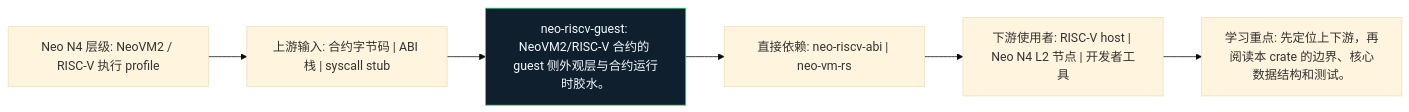
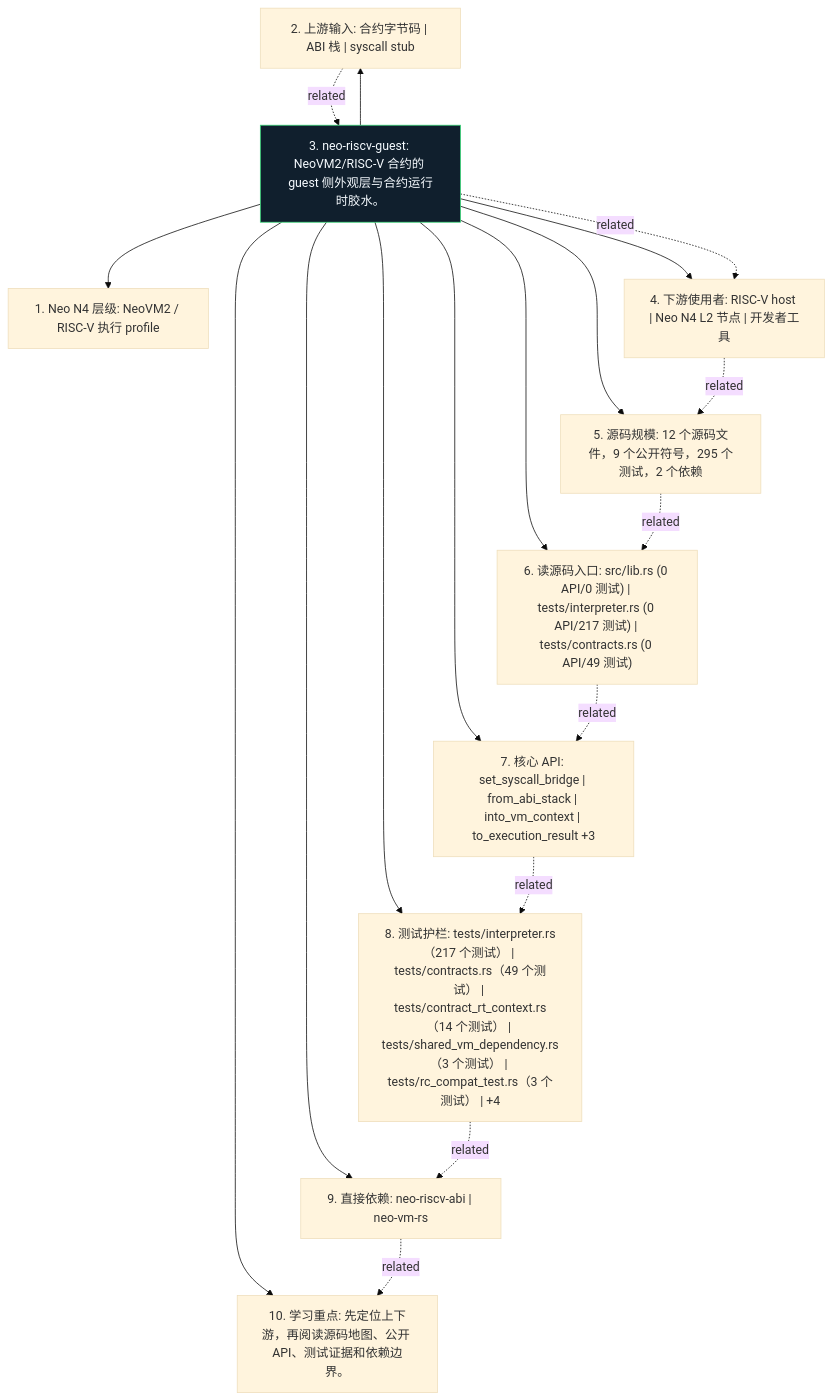
Before and after one commit to r3e-network/neo-riscv-vm: the diagram in crates/neo-riscv-guest/docs/figures/position.zh.mmd, drawn with Mermaid (base theme). The commit also changed 571 other files, not shown here.

Commit message:
Deepen crate diagrams with source-aware atlas

```diff
--- a/crates/neo-riscv-guest/docs/figures/position.zh.mmd
+++ b/crates/neo-riscv-guest/docs/figures/position.zh.mmd
@@ -1,14 +1,30 @@
-flowchart LR
-    N1["Neo N4 层级: NeoVM2 / RISC-V 执行 profile"]
-    N2["上游输入: 合约字节码 | ABI 栈 | syscall stub"]
-    N3["neo-riscv-guest: NeoVM2/RISC-V 合约的 guest 侧外观层与合约运行时胶水。"]
-    N4["直接依赖: neo-riscv-abi | neo-vm-rs"]
-    N5["下游使用者: RISC-V host | Neo N4 L2 节点 | 开发者工具"]
-    N6["学习重点: 先定位上下游，再阅读本 crate 的边界、核心数据结构和测试。"]
-    N1 --> N2
-    N2 --> N3
+flowchart TB
+    N1["1. Neo N4 层级: NeoVM2 / RISC-V 执行 profile"]
+    N2["2. 上游输入: 合约字节码 | ABI 栈 | syscall stub"]
+    N3["3. neo-riscv-guest: NeoVM2/RISC-V 合约的 guest 侧外观层与合约运行时胶水。"]
+    N4["4. 下游使用者: RISC-V host | Neo N4 L2 节点 | 开发者工具"]
+    N5["5. 源码规模: 12 个源码文件，9 个公开符号，295 个测试，2 个依赖"]
+    N6["6. 读源码入口: src/lib.rs (0 API/0 测试) | tests/interpreter.rs (0 API/217 测试) | tests/contracts.rs (0 API/49 测试)"]
+    N7["7. 核心 API: set_syscall_bridge | from_abi_stack | into_vm_context | to_execution_result +3"]
+    N8["8. 测试护栏: tests/interpreter.rs（217 个测试） | tests/contracts.rs（49 个测试） | tests/contract_rt_context.rs（14 个测试） | tests/shared_vm_dependency.rs（3 个测试） | tests/rc_compat_test.rs（3 个测试） | +4"]
+    N9["9. 直接依赖: neo-riscv-abi | neo-vm-rs"]
+    N10["10. 学习重点: 先定位上下游，再阅读源码地图、公开 API、测试证据和依赖边界。"]
+    N3 --> N1
+    N3 --> N2
     N3 --> N4
-    N4 --> N5
-    N5 --> N6
+    N3 --> N5
+    N3 --> N6
+    N3 --> N7
+    N3 --> N8
+    N3 --> N9
+    N3 --> N10
+    N2 -. related .-> N3
+    N3 -. related .-> N4
+    N4 -. related .-> N5
+    N5 -. related .-> N6
+    N6 -. related .-> N7
+    N7 -. related .-> N8
+    N8 -. related .-> N9
+    N9 -. related .-> N10
     classDef crate fill:#101f2d,stroke:#38d978,color:#f6fbff
     class N3 crate
```
